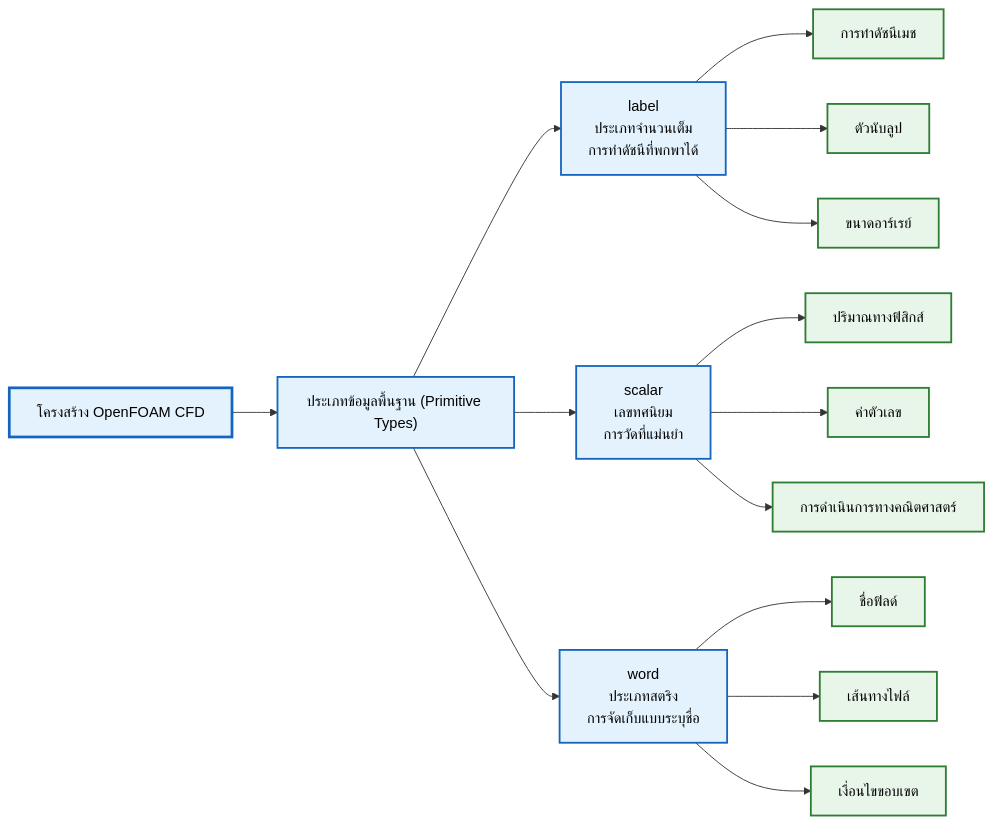
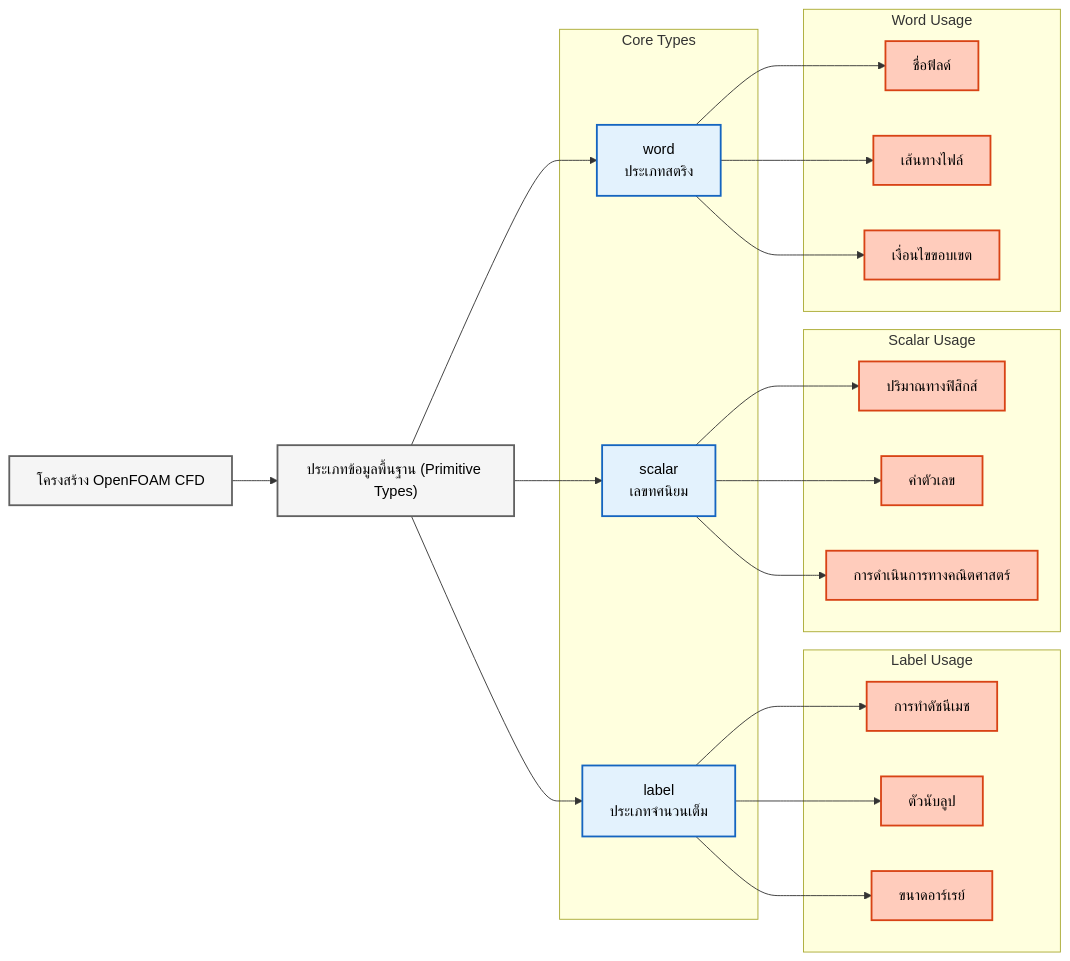
The diagram in MODULE_05_OPENFOAM_PROGRAMMING/CONTENT/01_FOUNDATION_PRIMITIVES/02_Basic_Primitives.md (wramet/build-my-cfd), drawn with Mermaid before and after one commit. The commit also changed 313 other files, not shown here.

Commit message:
Revise all diagram

````diff
--- a/MODULE_05_OPENFOAM_PROGRAMMING/CONTENT/01_FOUNDATION_PRIMITIVES/02_Basic_Primitives.md
+++ b/MODULE_05_OPENFOAM_PROGRAMMING/CONTENT/01_FOUNDATION_PRIMITIVES/02_Basic_Primitives.md
@@ -13,28 +13,36 @@
 ```mermaid
 graph LR
-    A["โครงสร้าง OpenFOAM CFD"] --> B["ประเภทข้อมูลพื้นฐาน (Primitive Types)"]
+%% Classes
+classDef explicit fill:#ffccbc,stroke:#d84315,stroke-width:2px,color:#000
+classDef implicit fill:#e3f2fd,stroke:#1565c0,stroke-width:2px,color:#000
+classDef context fill:#f5f5f5,stroke:#616161,stroke-width:2px,color:#000
+A["โครงสร้าง OpenFOAM CFD"]:::context --> B["ประเภทข้อมูลพื้นฐาน (Primitive Types)"]:::context
 
-    B --> C["label<br/>ประเภทจำนวนเต็ม<br/>การทำดัชนีที่พกพาได้"]
-    B --> D["scalar<br/>เลขทศนิยม<br/>การวัดที่แม่นยำ"]
-    B --> E["word<br/>ประเภทสตริง<br/>การจัดเก็บแบบระบุชื่อ"]
+subgraph Primitives[" Core Types "]
+    C["label<br/>ประเภทจำนวนเต็ม"]:::implicit
+    D["scalar<br/>เลขทศนิยม"]:::implicit
+    E["word<br/>ประเภทสตริง"]:::implicit
+end
 
-    C --> C1["การทำดัชนีเมช"]
-    C --> C2["ตัวนับลูป"]
-    C --> C3["ขนาดอาร์เรย์"]
+B --> C
+B --> D
+B --> E
 
-    D --> D1["ปริมาณทางฟิสิกส์"]
-    D --> D2["ค่าตัวเลข"]
-    D --> D3["การดำเนินการทางคณิตศาสตร์"]
+subgraph UsageC[" Label Usage "]
+    C --> C1["การทำดัชนีเมช"]:::explicit
+    C --> C2["ตัวนับลูป"]:::explicit
+    C --> C3["ขนาดอาร์เรย์"]:::explicit
+end
 
-    E --> E1["ชื่อฟิลด์"]
-    E --> E2["เส้นทางไฟล์"]
-    E --> E3["เงื่อนไขขอบเขต"]
+subgraph UsageD[" Scalar Usage "]
+    D --> D1["ปริมาณทางฟิสิกส์"]:::explicit
+    D --> D2["ค่าตัวเลข"]:::explicit
+    D --> D3["การดำเนินการทางคณิตศาสตร์"]:::explicit
+end
 
-    style A fill:#e3f2fd,stroke:#1565c0,stroke-width:3px,color:#000
-    classDef process fill:#e3f2fd,stroke:#1565c0,stroke-width:2px,color:#000
-    classDef storage fill:#e8f5e9,stroke:#2e7d32,stroke-width:2px,color:#000
-    classDef terminator fill:#ffebee,stroke:#c62828,stroke-width:2px,color:#000
-
-    class B,C,D,E process
-    class C1,C2,C3,D1,D2,D3,E1,E2,E3 storage
+subgraph UsageE[" Word Usage "]
+    E --> E1["ชื่อฟิลด์"]:::explicit
+    E --> E2["เส้นทางไฟล์"]:::explicit
+    E --> E3["เงื่อนไขขอบเขต"]:::explicit
+end
 ```
````
